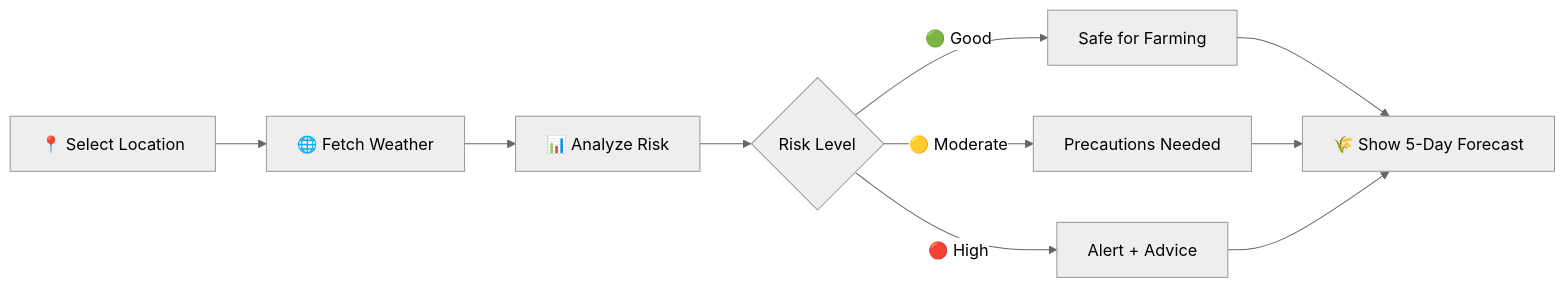
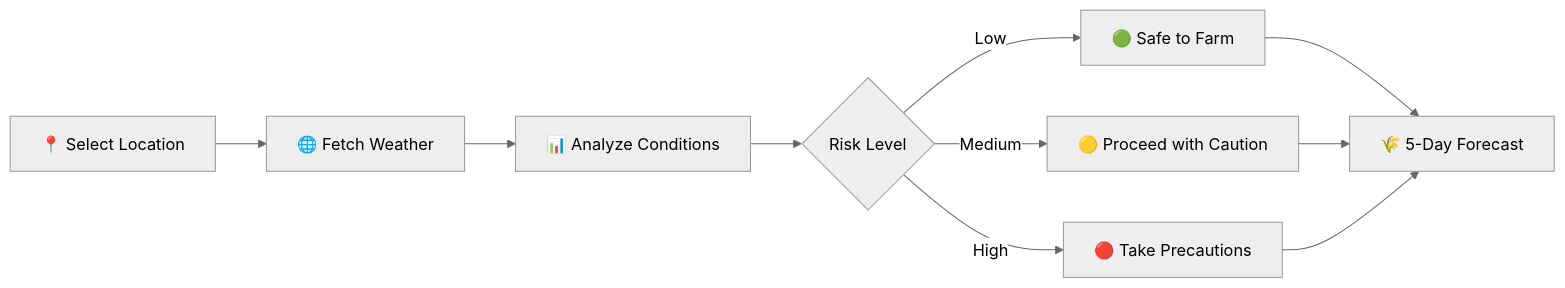
One commit to dharanishvijayakumar7-lgtm/cropPilot changed the third of 5 diagrams in README.md. Above: the diagram before and after it, drawn with Mermaid (neutral theme). The commit also changed other lines of this file, not shown here.

````diff
--- a/README.md
+++ b/README.md
@@ -97,12 +172,12 @@
 ```mermaid
 flowchart LR
     A[📍 Select Location] --> B[🌐 Fetch Weather]
-    B --> C[📊 Analyze Risk]
+    B --> C[📊 Analyze Conditions]
     C --> D{Risk Level}
-    D -->|🟢 Good| E[Safe for Farming]
-    D -->|🟡 Moderate| F[Precautions Needed]
-    D -->|🔴 High| G[Alert + Advice]
-    E --> H[🌾 Show 5-Day Forecast]
+    D -->|Low| E[🟢 Safe to Farm]
+    D -->|Medium| F[🟡 Proceed with Caution]
+    D -->|High| G[🔴 Take Precautions]
+    E --> H[🌾 5-Day Forecast]
     F --> H
     G --> H
 ```
````
